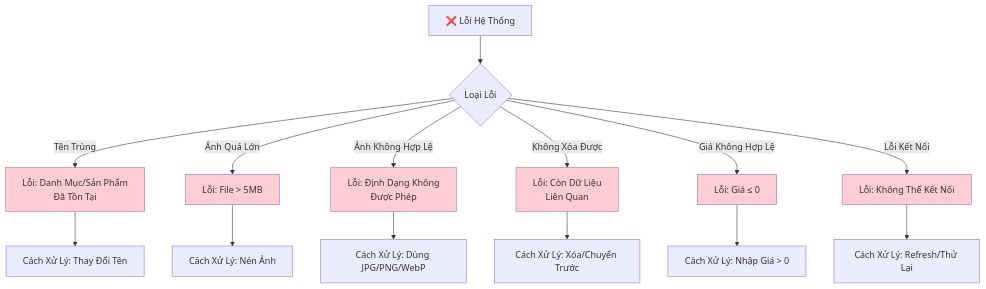
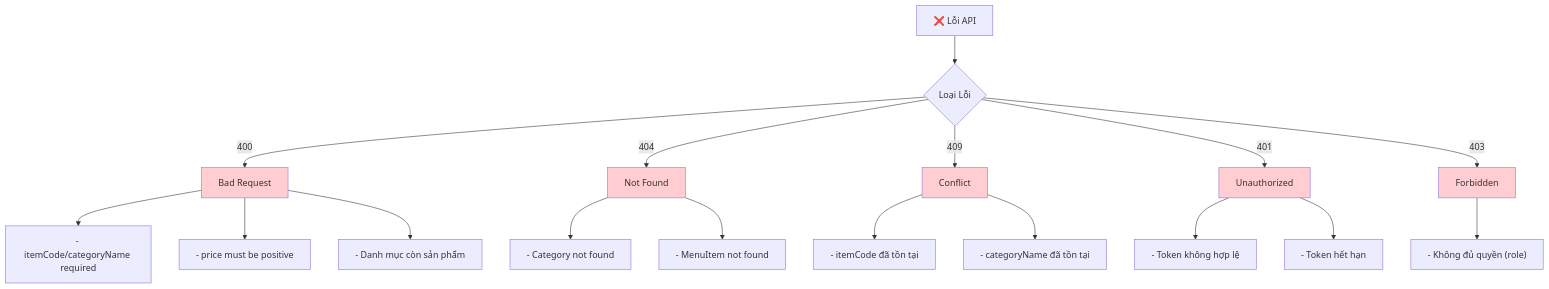
One commit to huy1235588/restaurant-management changed the eighth of 12 diagrams in docs/diagrams/MENU_MANAGEMENT_DIAGRAMS.md. Above: the diagram before and after it, drawn with Mermaid. The commit also changed other lines of this file and 18 other files, not shown here.

````diff
--- a/docs/diagrams/MENU_MANAGEMENT_DIAGRAMS.md
+++ b/docs/diagrams/MENU_MANAGEMENT_DIAGRAMS.md
@@ -328,29 +263,30 @@
 ```mermaid
 graph TD
-    A["❌ Lỗi Hệ Thống"] --> B{Loại Lỗi}
+    A["❌ Lỗi API"] --> B{Loại Lỗi}
 
-    B -->|Tên Trùng| C["Lỗi: Danh Mục/Sản Phẩm<br/>Đã Tồn Tại"]
-    C --> C1["Cách Xử Lý: Thay Đổi Tên"]
+    B -->|400| C["Bad Request"]
+    C --> C1["- itemCode/categoryName required"]
+    C --> C2["- price must be positive"]
+    C --> C3["- Danh mục còn sản phẩm"]
 
-    B -->|Ảnh Quá Lớn| D["Lỗi: File > 5MB"]
-    D --> D1["Cách Xử Lý: Nén Ảnh"]
+    B -->|404| D["Not Found"]
+    D --> D1["- Category not found"]
+    D --> D2["- MenuItem not found"]
 
-    B -->|Ảnh Không Hợp Lệ| E["Lỗi: Định Dạng Không<br/>Được Phép"]
-    E --> E1["Cách Xử Lý: Dùng JPG/PNG/WebP"]
+    B -->|409| E["Conflict"]
+    E --> E1["- itemCode đã tồn tại"]
+    E --> E2["- categoryName đã tồn tại"]
 
-    B -->|Không Xóa Được| F["Lỗi: Còn Dữ Liệu<br/>Liên Quan"]
-    F --> F1["Cách Xử Lý: Xóa/Chuyển Trước"]
+    B -->|401| F["Unauthorized"]
+    F --> F1["- Token không hợp lệ"]
+    F --> F2["- Token hết hạn"]
 
-    B -->|Giá Không Hợp Lệ| G["Lỗi: Giá ≤ 0"]
-    G --> G1["Cách Xử Lý: Nhập Giá > 0"]
-
-    B -->|Lỗi Kết Nối| H["Lỗi: Không Thể Kết Nối"]
-    H --> H1["Cách Xử Lý: Refresh/Thử Lại"]
+    B -->|403| G["Forbidden"]
+    G --> G1["- Không đủ quyền (role)"]
 
     style C fill:#ffcdd2
     style D fill:#ffcdd2
     style E fill:#ffcdd2
     style F fill:#ffcdd2
     style G fill:#ffcdd2
-    style H fill:#ffcdd2
 ```
````
